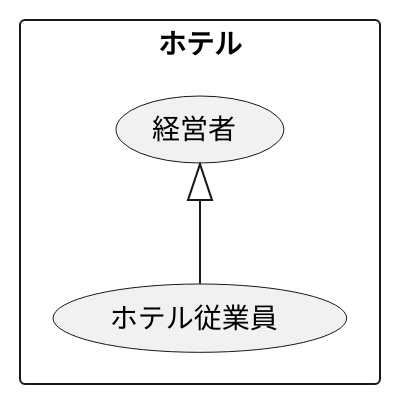
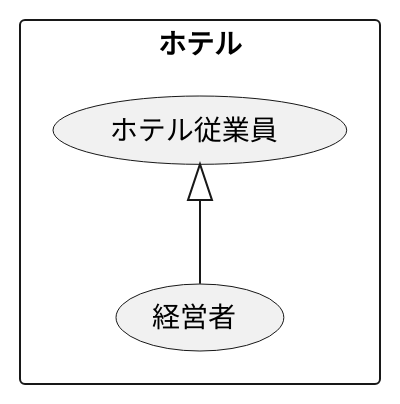
Before and after one commit to tonitonityoppa/uml-introduction: the diagram in 演習2-2_ホテル従業員.pu, drawn with PlantUML.

Commit message:
演習2-2編集

```diff
--- a/演習2-2_ホテル従業員.pu
+++ b/演習2-2_ホテル従業員.pu
@@ -1,8 +1,8 @@
 @startuml ホテル従業員
 ' left to right direction
 rectangle ホテル{
 usecase 経営者 
 usecase ホテル従業員
 }
-経営者<|-- ホテル従業員
+ホテル従業員<|-- 経営者
 @enduml
```
